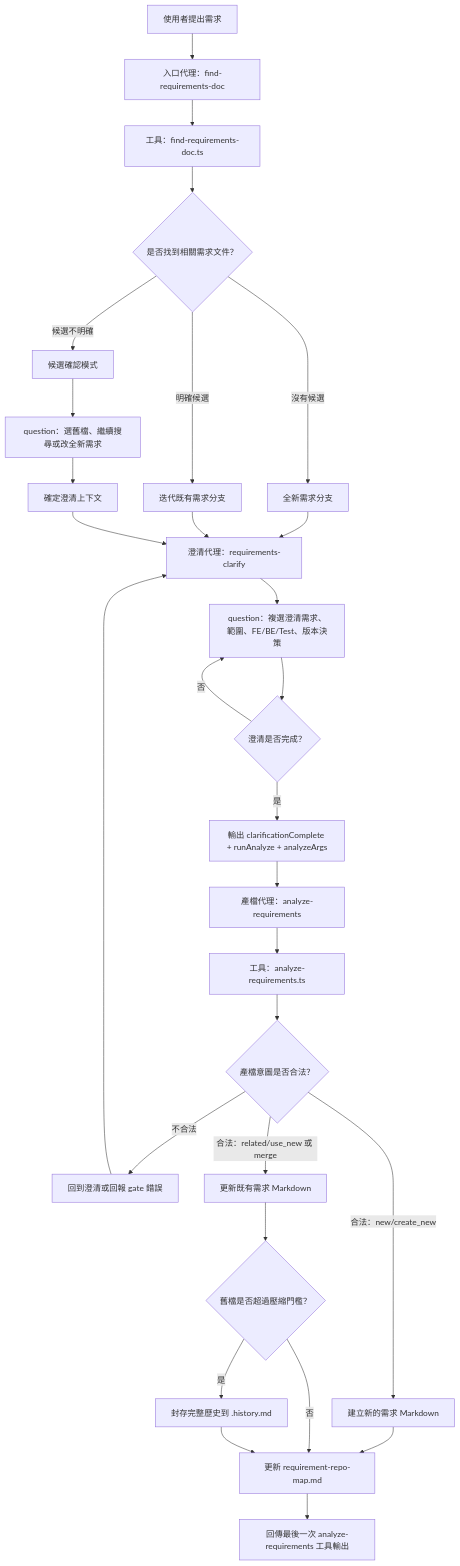
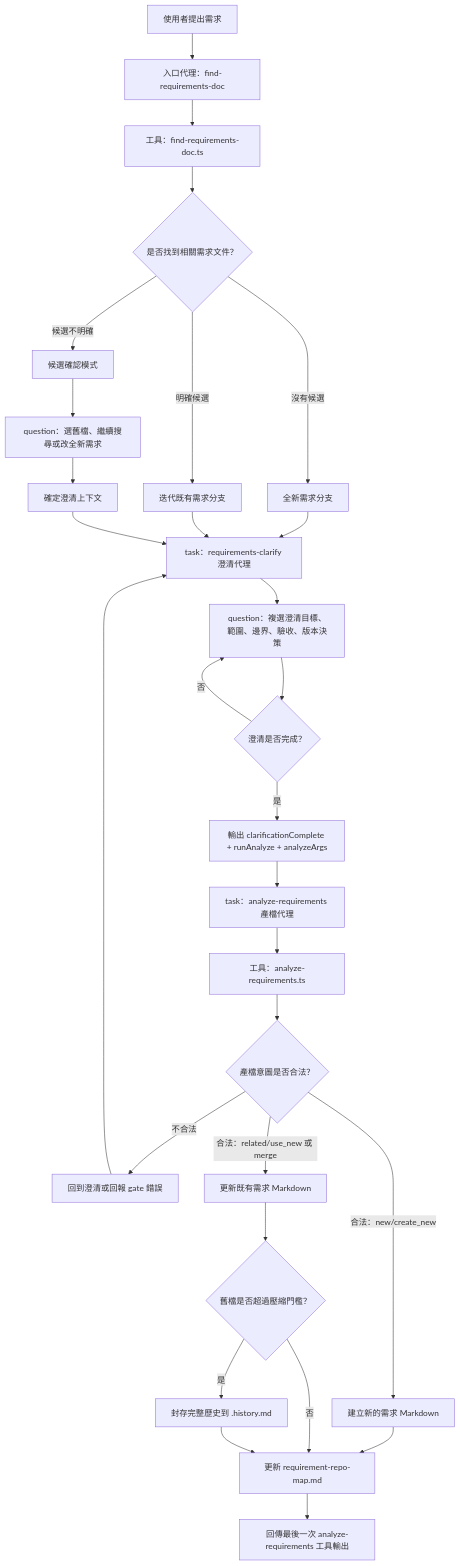
One commit to jason23452/SDD changed the first of 2 diagrams in FLOW_1.md. Above: the diagram before and after it, drawn with Mermaid. The commit also changed other lines of this file and 5 other files, not shown here.

````diff
--- a/FLOW_1.md
+++ b/FLOW_1.md
@@ -26,40 +26,40 @@
 ```mermaid
 flowchart TD
     A["使用者提出需求"] --> B["入口代理：find-requirements-doc"]
     B --> C["工具：find-requirements-doc.ts"]
     C --> D{是否找到相關需求文件？}
 
     D -->|"沒有候選"| E["全新需求分支"]
     D -->|"明確候選"| F["迭代既有需求分支"]
     D -->|"候選不明確"| G["候選確認模式"]
 
     G --> H["question：選舊檔、繼續搜尋或改全新需求"]
     H --> I["確定澄清上下文"]
 
-    E --> J["澄清代理：requirements-clarify"]
+    E --> J["task：requirements-clarify 澄清代理"]
     F --> J
     I --> J
 
-    J --> K["question：複選澄清需求、範圍、FE/BE/Test、版本決策"]
+    J --> K["question：複選澄清目標、範圍、邊界、驗收、版本決策"]
     K --> L{澄清是否完成？}
     L -->|"否"| K
     L -->|"是"| M["輸出 clarificationComplete + runAnalyze + analyzeArgs"]
 
-    M --> N["產檔代理：analyze-requirements"]
+    M --> N["task：analyze-requirements 產檔代理"]
     N --> O["工具：analyze-requirements.ts"]
     O --> P{產檔意圖是否合法？}
 
     P -->|"不合法"| Q["回到澄清或回報 gate 錯誤"]
     Q --> J
 
     P -->|"合法：new/create_new"| R["建立新的需求 Markdown"]
     P -->|"合法：related/use_new 或 merge"| S["更新既有需求 Markdown"]
 
     R --> T["更新 requirement-repo-map.md"]
     S --> U{舊檔是否超過壓縮門檻？}
     U -->|"否"| T
     U -->|"是"| V["封存完整歷史到 .history.md"]
     V --> T
 
     T --> W["回傳最後一次 analyze-requirements 工具輸出"]
 ```
````
